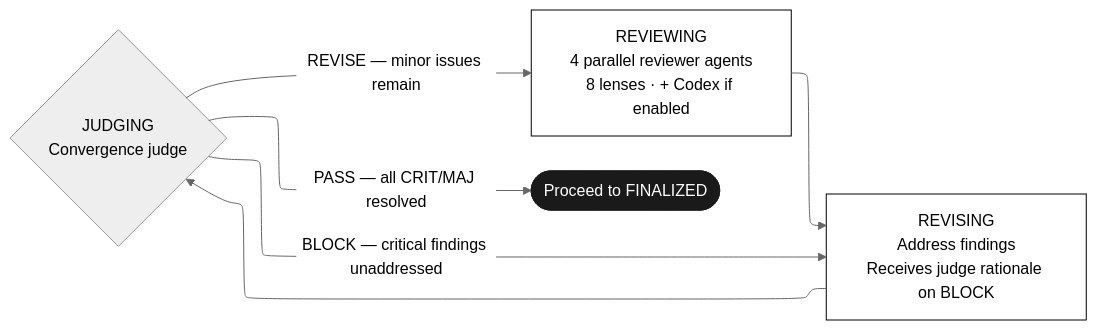
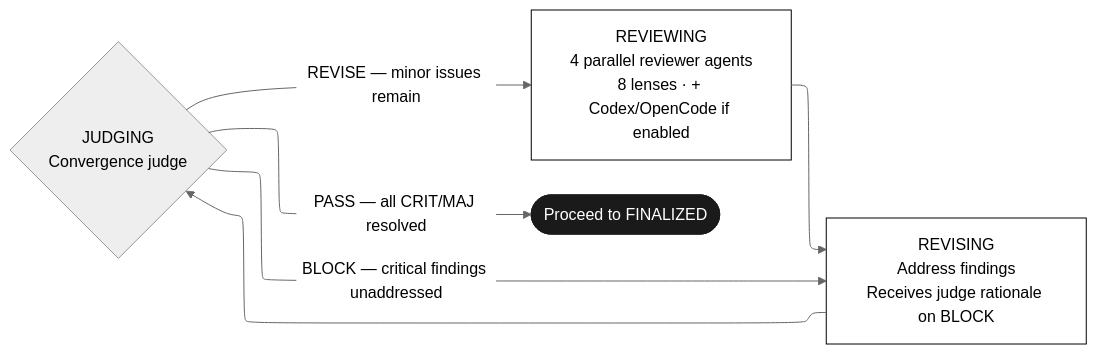
The second of 5 diagrams in docs/operations-manual.md (nixlim/spec_system), drawn with Mermaid before and after one commit. The commit also changed other lines of this file and 1 other file, not shown here.

````diff
--- a/docs/operations-manual.md
+++ b/docs/operations-manual.md
@@ -228,18 +241,18 @@
 ```mermaid
 %%{init: {"theme": "neutral", "flowchart": {"defaultRenderer": "elk"}}}%%
 flowchart LR
-    REV[REVIEWING<br/>4 parallel reviewer agents<br/>8 lenses · + Codex if enabled]
+    REV[REVIEWING<br/>4 parallel reviewer agents<br/>8 lenses · + Codex/OpenCode if enabled]
     REVIS[REVISING<br/>Address findings<br/>Receives judge rationale on BLOCK]
     JUDG{JUDGING<br/>Convergence judge}
     NEXT([Proceed to FINALIZED])
 
     REV --> REVIS --> JUDG
     JUDG -- "PASS — all CRIT/MAJ resolved" --> NEXT
     JUDG -- "REVISE — minor issues remain" --> REV
     JUDG -- "BLOCK — critical findings unaddressed" --> REVIS
 
     classDef agent fill:#ffffff,stroke:#000000,color:#000000
     classDef terminal fill:#1a1a1a,stroke:#1a1a1a,color:#ffffff
     class REV,REVIS agent
     class NEXT terminal
 ```
````
